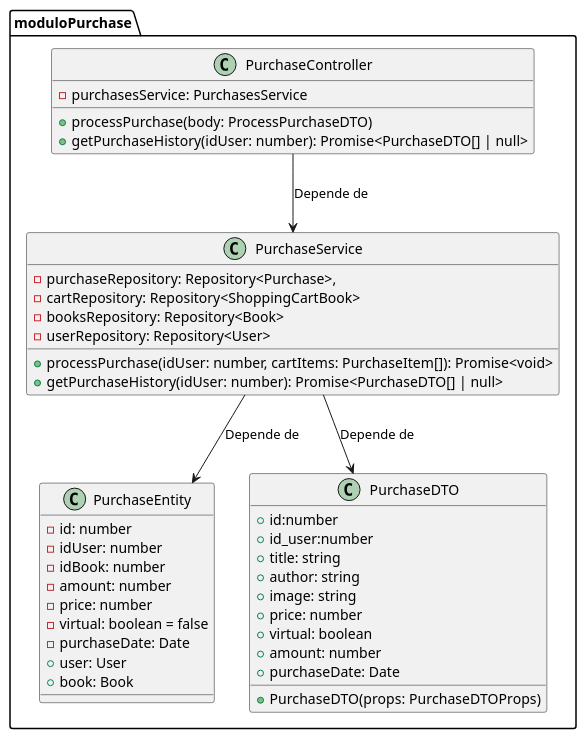
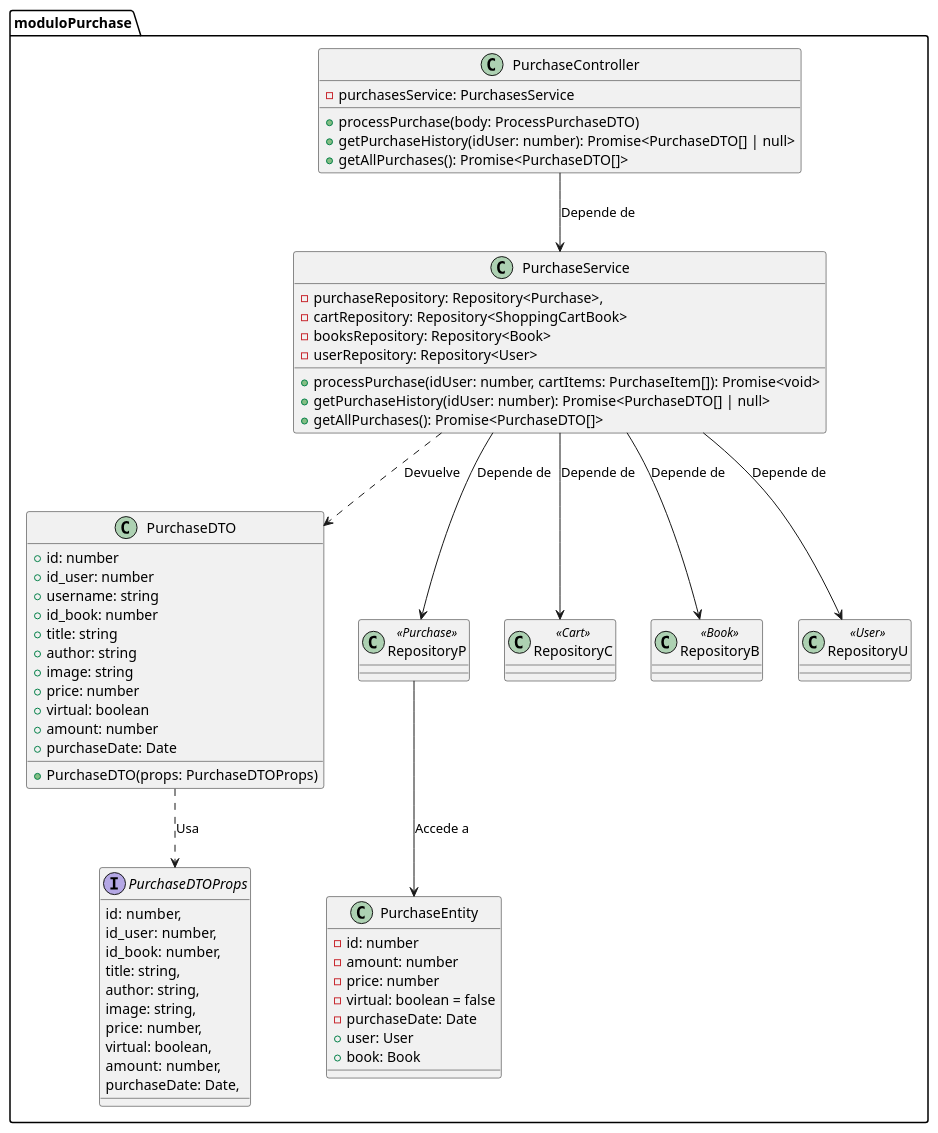
Before and after one commit to LucasFrey-tech/Biblioteca: the diagram in documentacion/Diagrama de Clases/purchase/purchase.puml, drawn with PlantUML. The commit also changed 18 other files, not shown here.

Commit message:
Diagramas

```diff
--- a/documentacion/Diagrama de Clases/purchase/purchase.puml
+++ b/documentacion/Diagrama de Clases/purchase/purchase.puml
@@ -1,53 +1,89 @@
 @startuml
 package moduloPurchase {
     class PurchaseEntity {
     - id: number
-    - idUser: number
-    - idBook: number
     - amount: number
     - price: number
     - virtual: boolean = false
     - purchaseDate: Date
     + user: User
     + book: Book
     }
 
     class PurchaseService {
         - purchaseRepository: Repository<Purchase>,
         - cartRepository: Repository<ShoppingCartBook>
         - booksRepository: Repository<Book>
         - userRepository: Repository<User>
 
         + processPurchase(idUser: number, cartItems: PurchaseItem[]): Promise<void>
         + getPurchaseHistory(idUser: number): Promise<PurchaseDTO[] | null>
+        + getAllPurchases(): Promise<PurchaseDTO[]> 
     }
 
     class PurchaseController {
         -  purchasesService: PurchasesService
 
         + processPurchase(body: ProcessPurchaseDTO)
         + getPurchaseHistory(idUser: number): Promise<PurchaseDTO[] | null>
+        + getAllPurchases(): Promise<PurchaseDTO[]> 
     }
 
     class PurchaseDTO {
-        + id:number
-        + id_user:number
+        + id: number
+        + id_user: number
+        + username: string
+        + id_book: number
         + title: string
         + author: string
         + image: string
         + price: number
         + virtual: boolean
         + amount: number
         + purchaseDate: Date
 
         + PurchaseDTO(props: PurchaseDTOProps)
     }
+
+    interface PurchaseDTOProps {
+        id: number,
+        id_user: number,
+        id_book: number,
+        title: string,
+        author: string,
+        image: string,
+        price: number,
+        virtual: boolean,
+        amount: number,
+        purchaseDate: Date,
+    }
+
+    class RepositoryP<<Purchase>> {
+
+    }
+
+    class RepositoryC<<Cart>> {
+
+    }
+
+    class RepositoryB<<Book>> {
+
+    }
+
+    class RepositoryU<<User>> {
+
+    }
+
 }
 
 ' Relaciones
-PurchaseService --> PurchaseDTO : Depende de
-PurchaseService --> PurchaseEntity : Depende de
+PurchaseService ..> PurchaseDTO : Devuelve
+PurchaseService --> RepositoryP : Depende de
+PurchaseService --> RepositoryC : Depende de
+PurchaseService --> RepositoryB : Depende de
+PurchaseService --> RepositoryU : Depende de
+RepositoryP --> PurchaseEntity : Accede a
 PurchaseController --> PurchaseService : Depende de
 
-
+PurchaseDTO ..> PurchaseDTOProps : Usa
 @enduml
```
